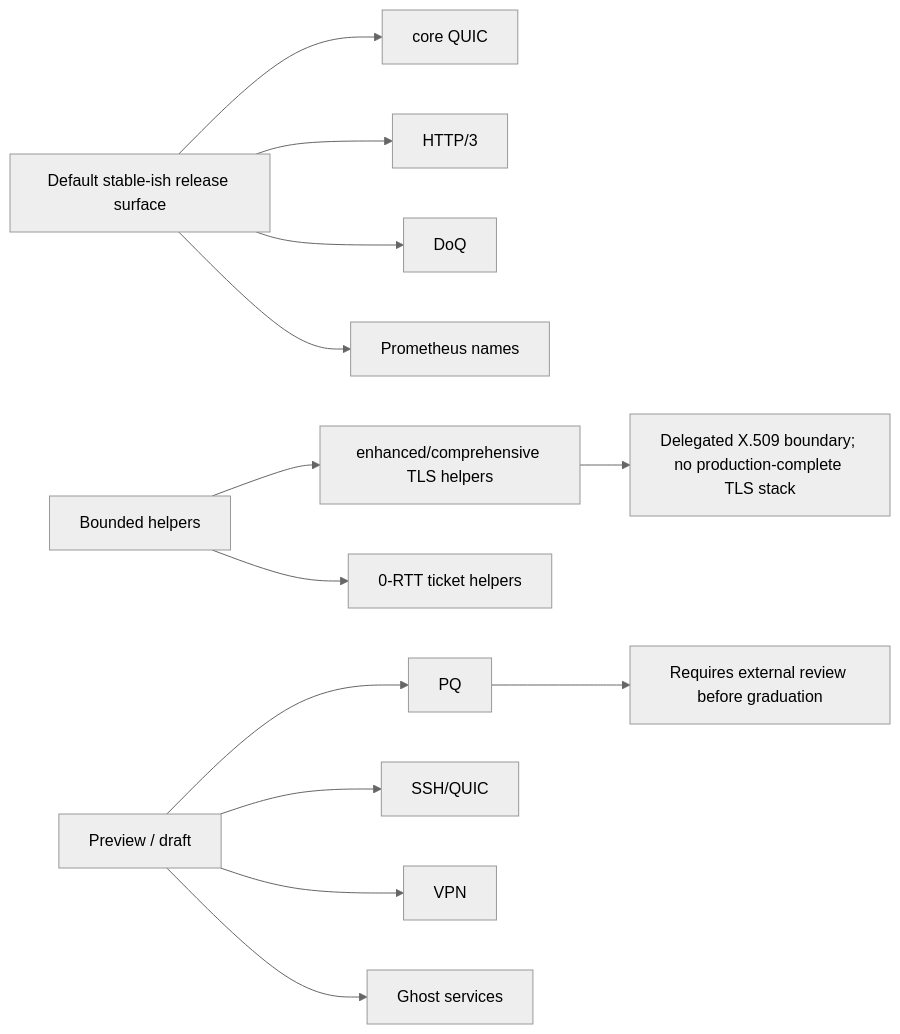
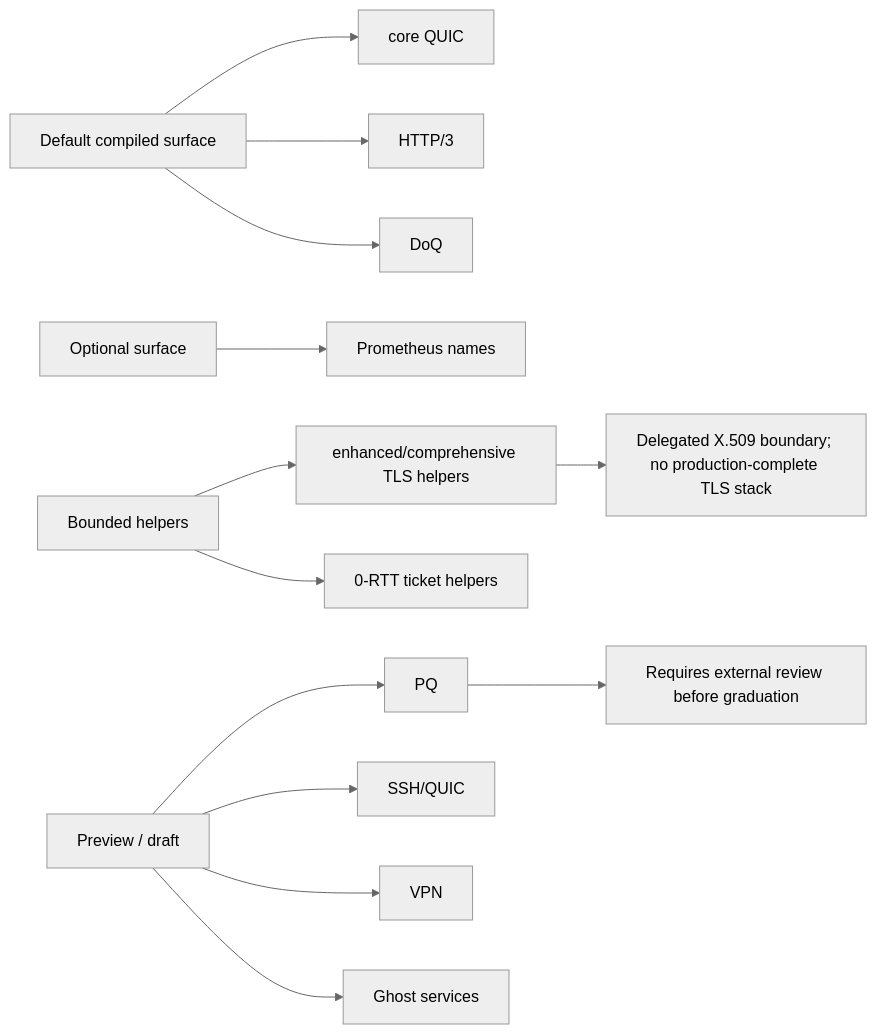
Before and after one commit to GhostKellz/zquic: the second of 3 diagrams in docs/features/overview.md, drawn with Mermaid (neutral theme). The commit also changed other lines of this file and 69 other files, not shown here.

````diff
--- a/docs/features/overview.md
+++ b/docs/features/overview.md
@@ -36,18 +38,19 @@
 ```mermaid
 flowchart LR
-    stable["Default stable-ish release surface"] --> core["core QUIC"]
-    stable --> http3["HTTP/3"]
-    stable --> doq["DoQ"]
-    stable --> metrics["Prometheus names"]
+    default_surface["Default compiled surface"] --> core["core QUIC"]
+    default_surface --> http3["HTTP/3"]
+    default_surface --> doq["DoQ"]
+
+    optional_surface["Optional surface"] --> metrics["Prometheus names"]
 
     bounded["Bounded helpers"] --> tls["enhanced/comprehensive TLS helpers"]
     bounded --> zero["0-RTT ticket helpers"]
 
     preview["Preview / draft"] --> pq["PQ"]
     preview --> ssh["SSH/QUIC"]
     preview --> vpn["VPN"]
     preview --> ghost["Ghost services"]
 
     pq --> review["Requires external review before graduation"]
     tls --> certgap["Delegated X.509 boundary; no production-complete TLS stack"]
 ```
````
